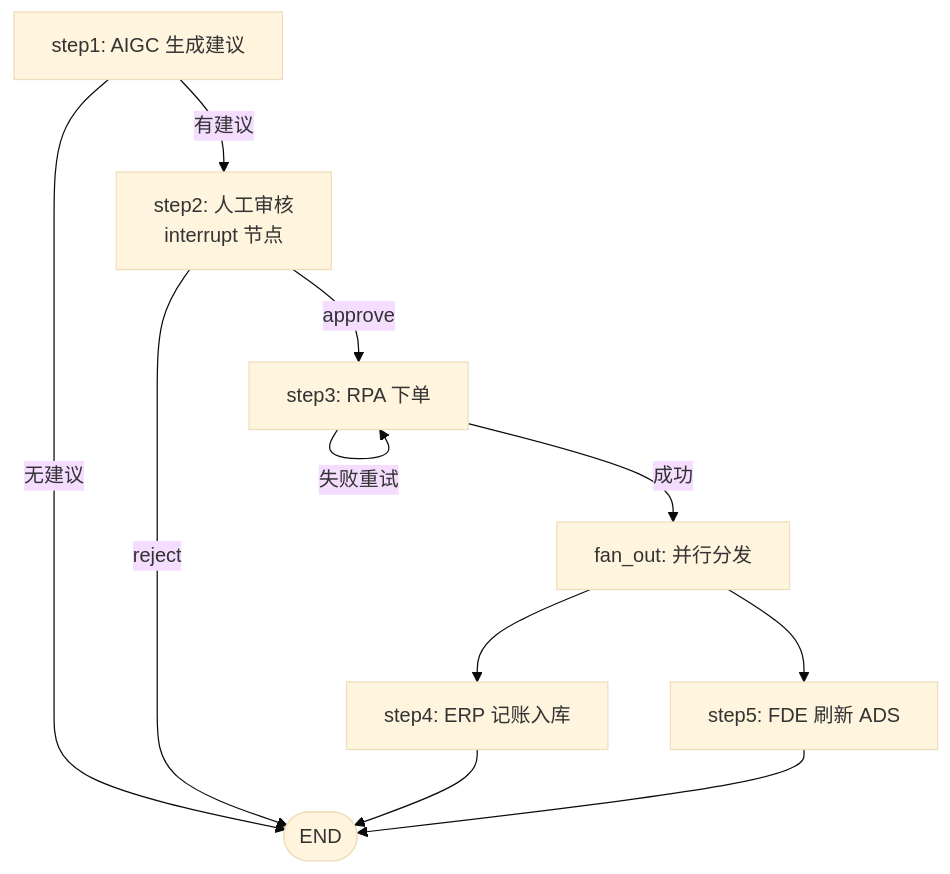
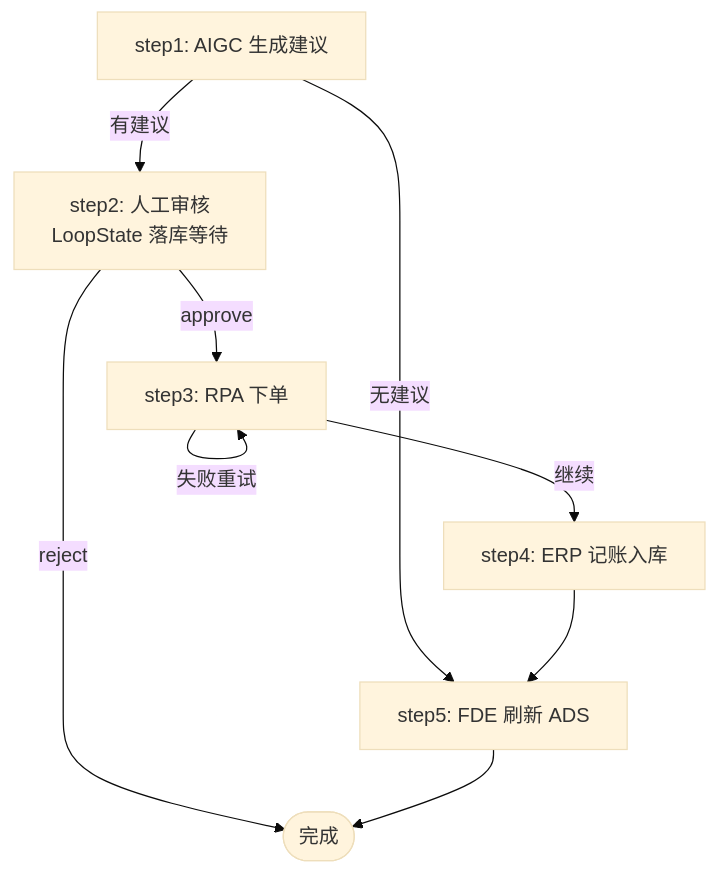
The fourth of 6 diagrams in docs/architecture.md (cgs123456/intelligent-ops-platform), drawn with Mermaid (base theme) before and after one commit. The commit also changed other lines of this file and 61 other files, not shown here.

````diff
--- a/docs/architecture.md
+++ b/docs/architecture.md
@@ -215,21 +215,18 @@
 ```mermaid
 flowchart TB
     step1[step1: AIGC 生成建议]
-    step2[step2: 人工审核<br/>interrupt 节点]
+    step2[step2: 人工审核<br/>LoopState 落库等待]
     step3[step3: RPA 下单]
-    fan_out[fan_out: 并行分发]
     step4[step4: ERP 记账入库]
     step5[step5: FDE 刷新 ADS]
-    end_node([END])
+    done([完成])
 
     step1 -->|有建议| step2
-    step1 -->|无建议| end_node
+    step1 -->|无建议| step5
     step2 -->|approve| step3
-    step2 -->|reject| end_node
+    step2 -->|reject| done
     step3 -->|失败重试| step3
-    step3 -->|成功| fan_out
-    fan_out --> step4
-    fan_out --> step5
-    step4 --> end_node
-    step5 --> end_node
+    step3 -->|继续| step4
+    step4 --> step5
+    step5 --> done
 ```
````
